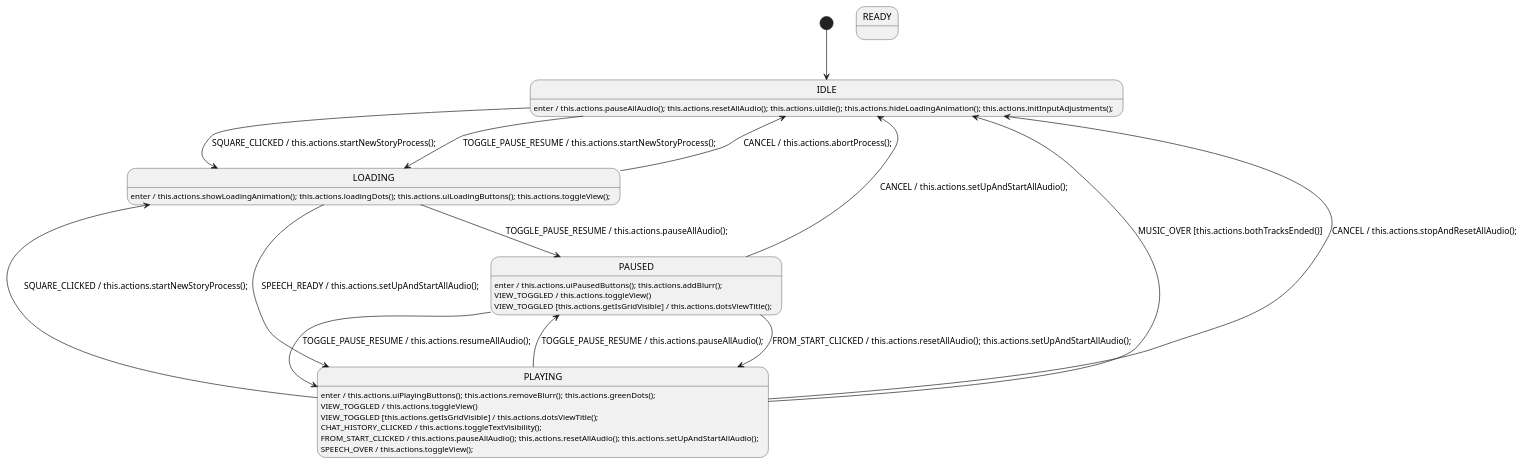
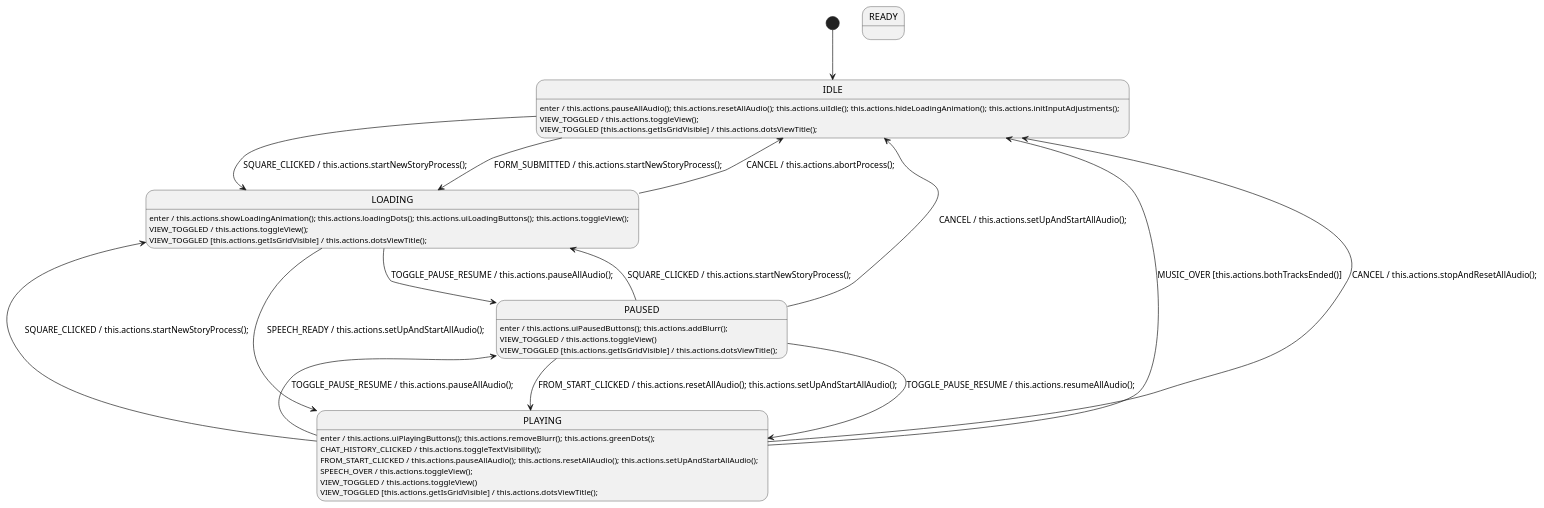
Before and after one commit to grannygoestoheaven/teller: the diagram in static/js/audioSmActions2.plantuml, drawn with PlantUML. The commit also changed 80 other files, not shown here.

```diff
--- a/static/js/audioSmActions2.plantuml
+++ b/static/js/audioSmActions2.plantuml
@@ -1,46 +1,51 @@
 @startuml AudioStateMachine
 
     '############################ States ############################
 
     [*] --> IDLE
 
     state IDLE
     state READY
     state LOADING
     state PLAYING
     state PAUSED
 
     '############################ Handlers ############################
 
     IDLE: enter / this.actions.pauseAllAudio(); this.actions.resetAllAudio(); this.actions.uiIdle(); this.actions.hideLoadingAnimation(); this.actions.initInputAdjustments();
     IDLE --> LOADING : SQUARE_CLICKED / this.actions.startNewStoryProcess();
-    IDLE --> LOADING : TOGGLE_PAUSE_RESUME / this.actions.startNewStoryProcess();
+    IDLE --> LOADING : FORM_SUBMITTED / this.actions.startNewStoryProcess();
+    IDLE : VIEW_TOGGLED / this.actions.toggleView();
+    IDLE : VIEW_TOGGLED [this.actions.getIsGridVisible] / this.actions.dotsViewTitle();
 
     LOADING: enter / this.actions.showLoadingAnimation(); this.actions.loadingDots(); this.actions.uiLoadingButtons(); this.actions.toggleView();
     LOADING --> PLAYING : SPEECH_READY / this.actions.setUpAndStartAllAudio();
     LOADING --> PAUSED : TOGGLE_PAUSE_RESUME / this.actions.pauseAllAudio();
     LOADING --> IDLE : CANCEL / this.actions.abortProcess();
+    LOADING : VIEW_TOGGLED / this.actions.toggleView();
+    LOADING : VIEW_TOGGLED [this.actions.getIsGridVisible] / this.actions.dotsViewTitle();
 
     PLAYING: enter / this.actions.uiPlayingButtons(); this.actions.removeBlurr(); this.actions.greenDots();
     PLAYING --> PAUSED : TOGGLE_PAUSE_RESUME / this.actions.pauseAllAudio();
     PLAYING --> IDLE : MUSIC_OVER [this.actions.bothTracksEnded()]
     PLAYING --> LOADING : SQUARE_CLICKED / this.actions.startNewStoryProcess();
     PLAYING --> IDLE: CANCEL / this.actions.stopAndResetAllAudio();
-    PLAYING : VIEW_TOGGLED / this.actions.toggleView()
-    PLAYING : VIEW_TOGGLED [this.actions.getIsGridVisible] / this.actions.dotsViewTitle();
     PLAYING : CHAT_HISTORY_CLICKED / this.actions.toggleTextVisibility();
     PLAYING : FROM_START_CLICKED / this.actions.pauseAllAudio(); this.actions.resetAllAudio(); this.actions.setUpAndStartAllAudio();
     PLAYING : SPEECH_OVER / this.actions.toggleView();
+    PLAYING : VIEW_TOGGLED / this.actions.toggleView()
+    PLAYING : VIEW_TOGGLED [this.actions.getIsGridVisible] / this.actions.dotsViewTitle();
 
     PAUSED: enter / this.actions.uiPausedButtons(); this.actions.addBlurr();
+    PAUSED --> LOADING : SQUARE_CLICKED / this.actions.startNewStoryProcess();
     PAUSED --> PLAYING : TOGGLE_PAUSE_RESUME / this.actions.resumeAllAudio();
     PAUSED --> PLAYING : FROM_START_CLICKED / this.actions.resetAllAudio(); this.actions.setUpAndStartAllAudio();
     PAUSED --> IDLE: CANCEL / this.actions.setUpAndStartAllAudio();
     PAUSED : VIEW_TOGGLED / this.actions.toggleView()
     PAUSED : VIEW_TOGGLED [this.actions.getIsGridVisible] / this.actions.dotsViewTitle();
 
 /'! $CONFIG : toml
 SmRunnerSettings.transpilerId = "JavaScript"
 '/
 
 @enduml
```
